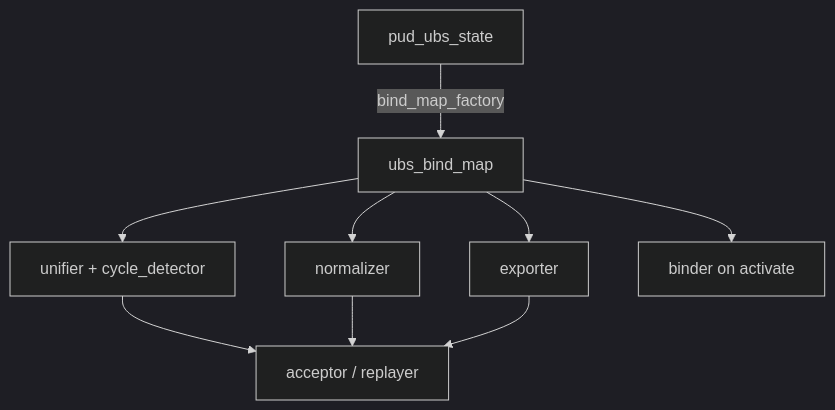
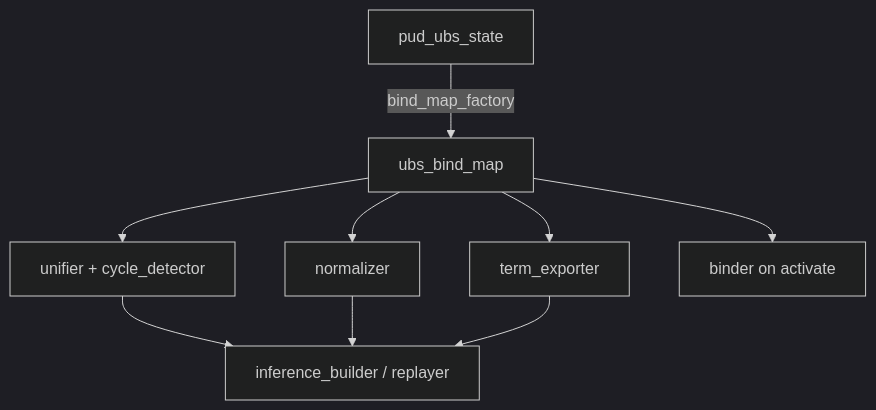
Before and after one commit to team-affix/atlas: the fifth of 5 diagrams in docs/pud-architecture.md, drawn with Mermaid (dark theme). The commit also changed other lines of this file and 45 other files, not shown here.

````diff
--- a/docs/pud-architecture.md
+++ b/docs/pud-architecture.md
@@ -137,13 +137,13 @@
 ```mermaid
 flowchart TB
   S[pud_ubs_state]
   BM[ubs_bind_map]
   S -->|bind_map_factory| BM
   BM --> U[unifier + cycle_detector]
   BM --> N[normalizer]
-  BM --> E[exporter]
-  U --> Acc[acceptor / replayer]
+  BM --> E[term_exporter]
+  U --> Acc[inference_builder / replayer]
   N --> Acc
   E --> Acc
   BM --> B[binder on activate]
 ```
````
